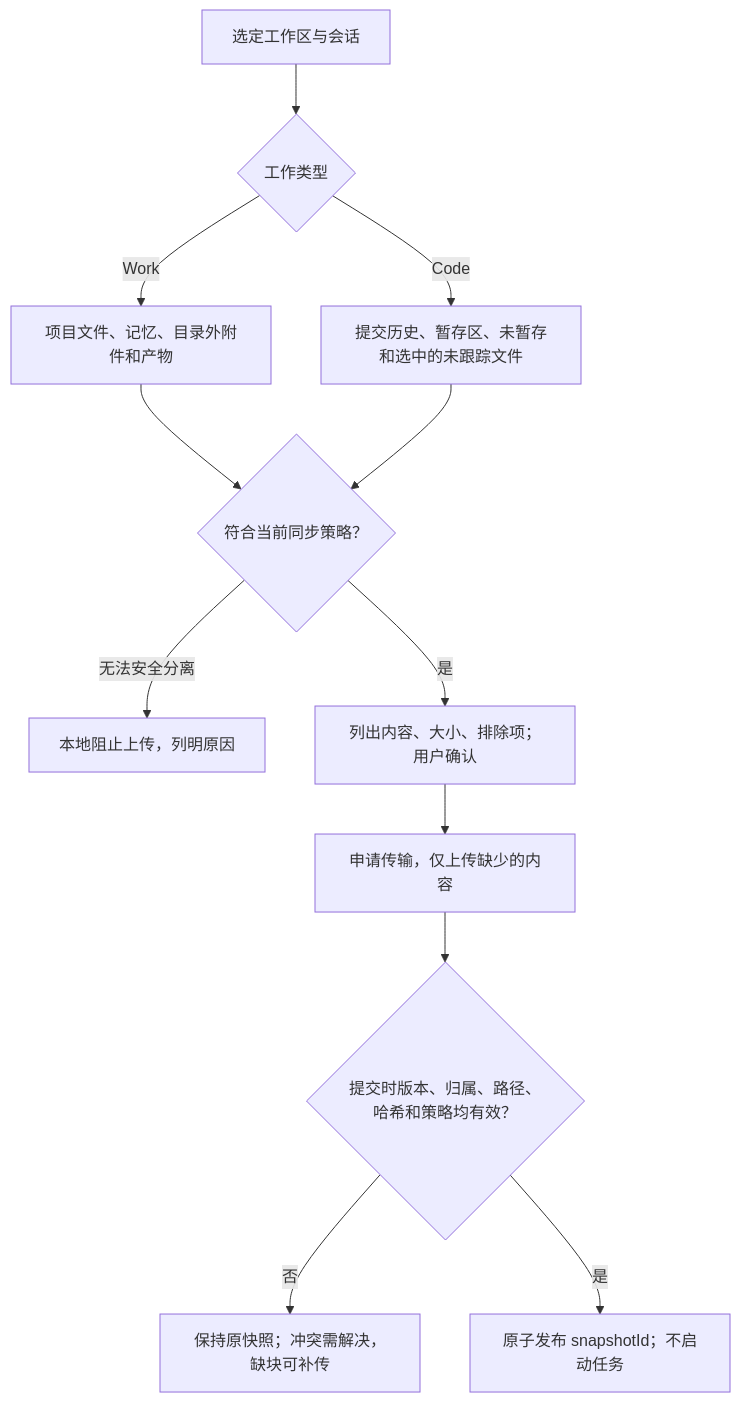
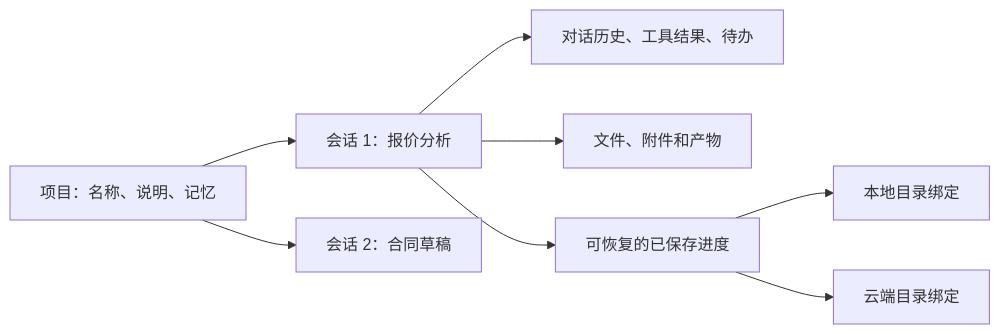
Before and after one commit to LiusCraft/pi-desktop: the third of 7 diagrams in docs/private-cloud-design.md, drawn with Mermaid. The commit also changed other lines of this file, not shown here.

````diff
--- a/docs/private-cloud-design.md
+++ b/docs/private-cloud-design.md
@@ -189,14 +144,10 @@
 ```mermaid
-flowchart TD
-    Select["选定工作区与会话"] --> Kind{"工作类型"}
-    Kind -->|Work| Work["项目文件、记忆、目录外附件和产物"]
-    Kind -->|Code| Code["提交历史、暂存区、未暂存和选中的未跟踪文件"]
-    Work --> Check{"符合当前同步策略？"}
-    Code --> Check
-    Check -->|无法安全分离| Stop["本地阻止上传，列明原因"]
-    Check -->|是| Preview["列出内容、大小、排除项；用户确认"]
-    Preview --> Upload["申请传输，仅上传缺少的内容"]
-    Upload --> Commit{"提交时版本、归属、路径、哈希和策略均有效？"}
-    Commit -->|否| Old["保持原快照；冲突需解决，缺块可补传"]
-    Commit -->|是| New["原子发布 snapshotId；不启动任务"]
+flowchart LR
+    P["项目：名称、说明、记忆"] --> C1["会话 1：报价分析"]
+    P --> C2["会话 2：合同草稿"]
+    C1 --> H["对话历史、工具结果、待办"]
+    C1 --> F["文件、附件和产物"]
+    C1 --> V["可恢复的已保存进度"]
+    V --> L["本地目录绑定"]
+    V --> R["云端目录绑定"]
 ```
````
